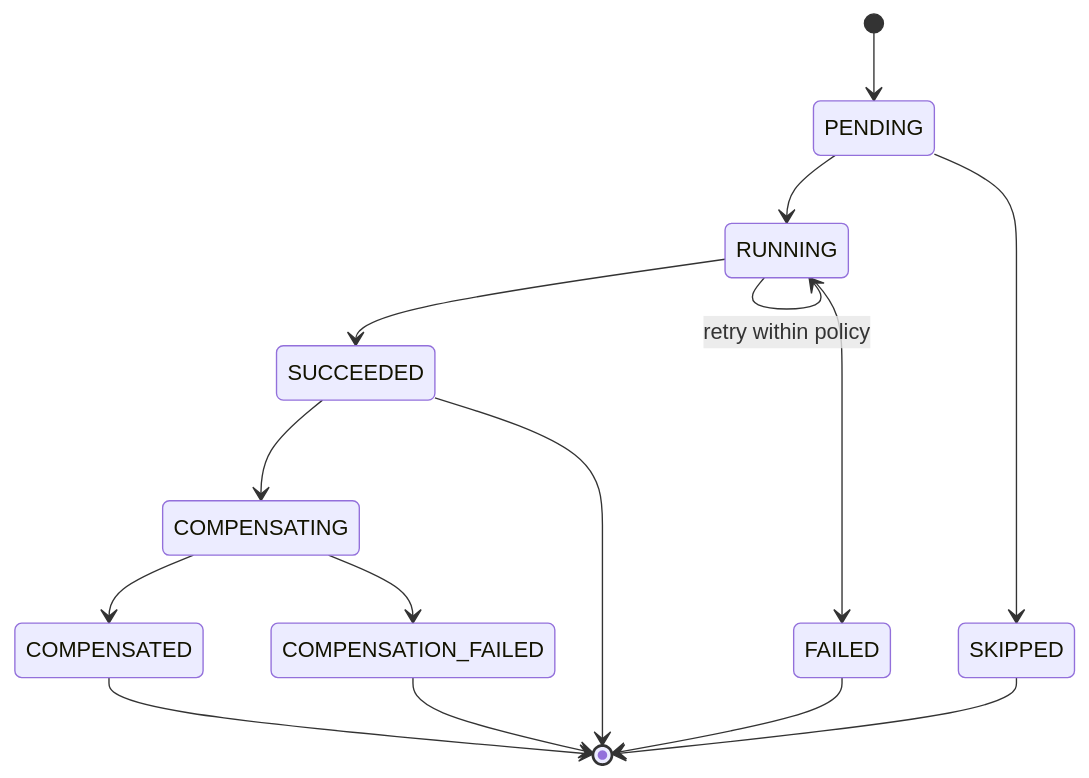
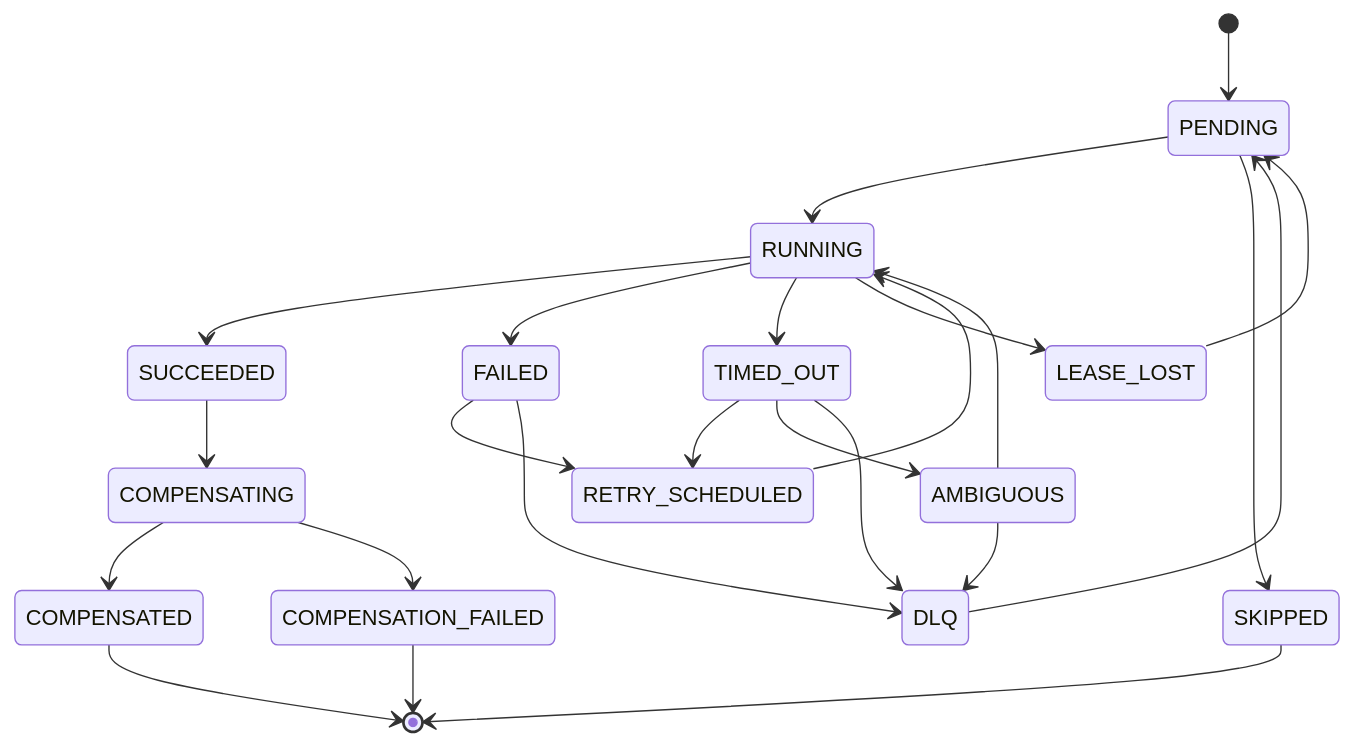
The eighth of 14 diagrams in docs/state-machines.md (udaykishore-resu/payments-platform), drawn with Mermaid before and after one commit. The commit also changed other lines of this file and 67 other files, not shown here.

````diff
--- a/docs/state-machines.md
+++ b/docs/state-machines.md
@@ -511,17 +702,26 @@
 ```mermaid
 stateDiagram-v2
     [*] --> PENDING
     PENDING --> RUNNING
     PENDING --> SKIPPED
     RUNNING --> SUCCEEDED
-    RUNNING --> RUNNING : retry within policy
     RUNNING --> FAILED
+    RUNNING --> TIMED_OUT
+    RUNNING --> LEASE_LOST
+    LEASE_LOST --> PENDING
+    FAILED --> RETRY_SCHEDULED
+    FAILED --> DLQ
+    TIMED_OUT --> RETRY_SCHEDULED
+    TIMED_OUT --> AMBIGUOUS
+    TIMED_OUT --> DLQ
+    AMBIGUOUS --> RUNNING
+    AMBIGUOUS --> DLQ
+    RETRY_SCHEDULED --> RUNNING
+    DLQ --> PENDING
     SUCCEEDED --> COMPENSATING
     COMPENSATING --> COMPENSATED
     COMPENSATING --> COMPENSATION_FAILED
-    SUCCEEDED --> [*]
-    FAILED --> [*]
     SKIPPED --> [*]
     COMPENSATED --> [*]
     COMPENSATION_FAILED --> [*]
 ```
````
